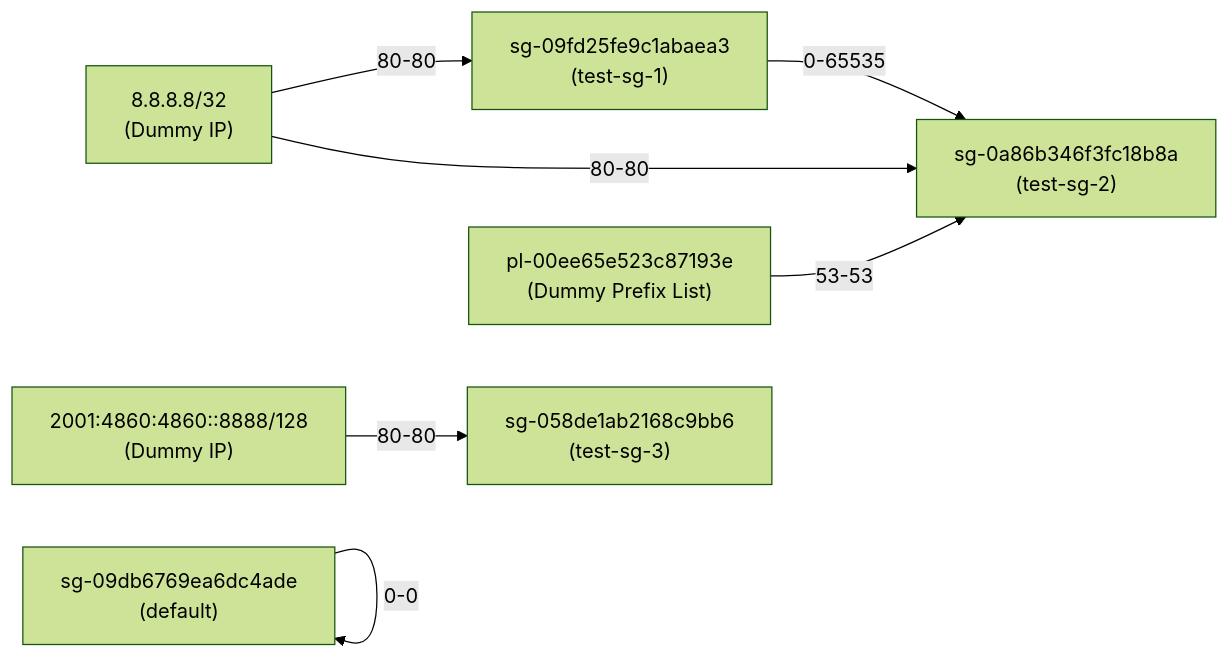
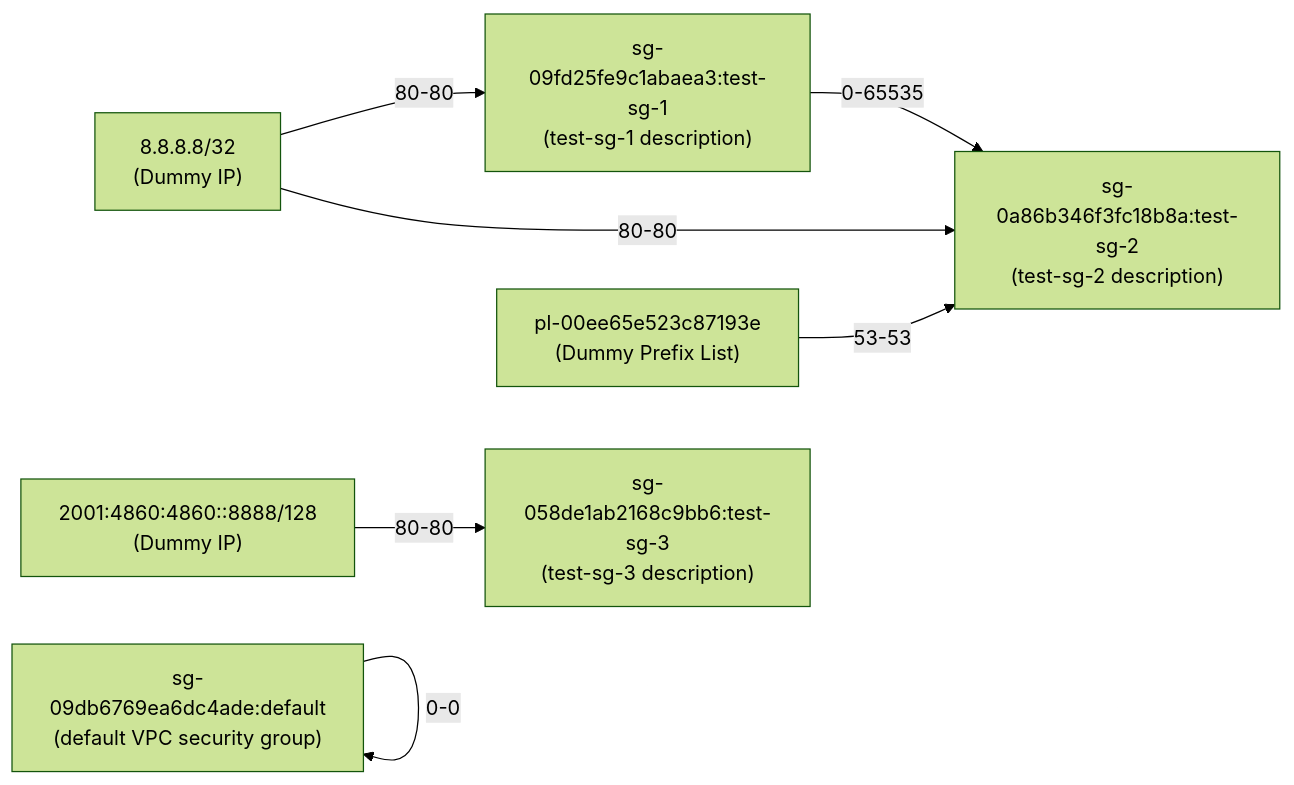
The diagram in output.md (nag0yan/sgviz), drawn with Mermaid (forest theme) before and after one commit. The commit also changed 3 other files, not shown here.

Commit message:
modify: modelize permission graph

````diff
--- a/output.md
+++ b/output.md
@@ -1,25 +1,23 @@
 ```mermaid
 flowchart LR
-	sg-09fd25fe9c1abaea3["sg-09fd25fe9c1abaea3
-(test-sg-1)"]
+	sg-09fd25fe9c1abaea3["sg-09fd25fe9c1abaea3:test-sg-1
+(test-sg-1 description)"]
 	8.8.8.8/32["8.8.8.8/32
 (Dummy IP)"]
-	8.8.8.8/32-->|"80-80"|sg-09fd25fe9c1abaea3
-	sg-058de1ab2168c9bb6["sg-058de1ab2168c9bb6
-(test-sg-3)"]
+	sg-058de1ab2168c9bb6["sg-058de1ab2168c9bb6:test-sg-3
+(test-sg-3 description)"]
 	2001:4860:4860::8888/128["2001:4860:4860::8888/128
 (Dummy IP)"]
+	sg-0a86b346f3fc18b8a["sg-0a86b346f3fc18b8a:test-sg-2
+(test-sg-2 description)"]
+	pl-00ee65e523c87193e["pl-00ee65e523c87193e
+(Dummy Prefix List)"]
+	sg-09db6769ea6dc4ade["sg-09db6769ea6dc4ade:default
+(default VPC security group)"]
+	8.8.8.8/32-->|"80-80"|sg-09fd25fe9c1abaea3
 	2001:4860:4860::8888/128-->|"80-80"|sg-058de1ab2168c9bb6
-	sg-0a86b346f3fc18b8a["sg-0a86b346f3fc18b8a
-(test-sg-2)"]
-	8.8.8.8/32["8.8.8.8/32
-(Dummy IP)"]
 	8.8.8.8/32-->|"80-80"|sg-0a86b346f3fc18b8a
 	sg-09fd25fe9c1abaea3-->|"0-65535"|sg-0a86b346f3fc18b8a
-	pl-00ee65e523c87193e["pl-00ee65e523c87193e
-(Dummy Prefix List)"]
 	pl-00ee65e523c87193e-->|"53-53"|sg-0a86b346f3fc18b8a
-	sg-09db6769ea6dc4ade["sg-09db6769ea6dc4ade
-(default)"]
 	sg-09db6769ea6dc4ade-->|"0-0"|sg-09db6769ea6dc4ade
 ```
````
